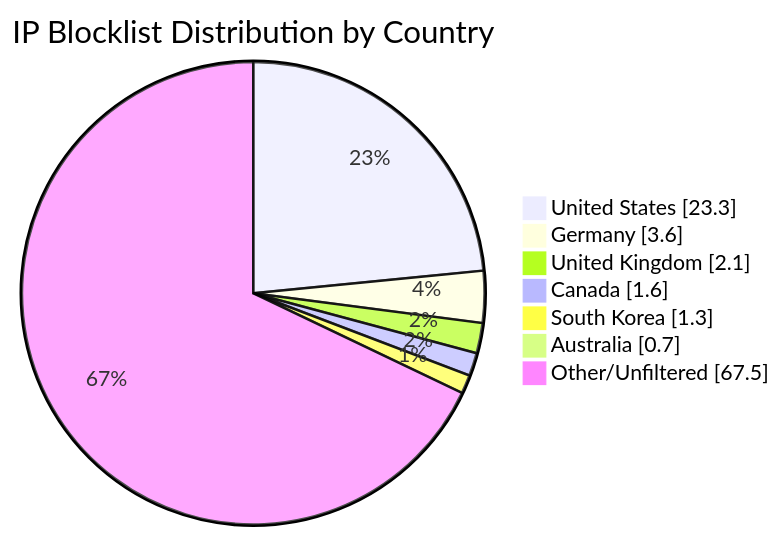
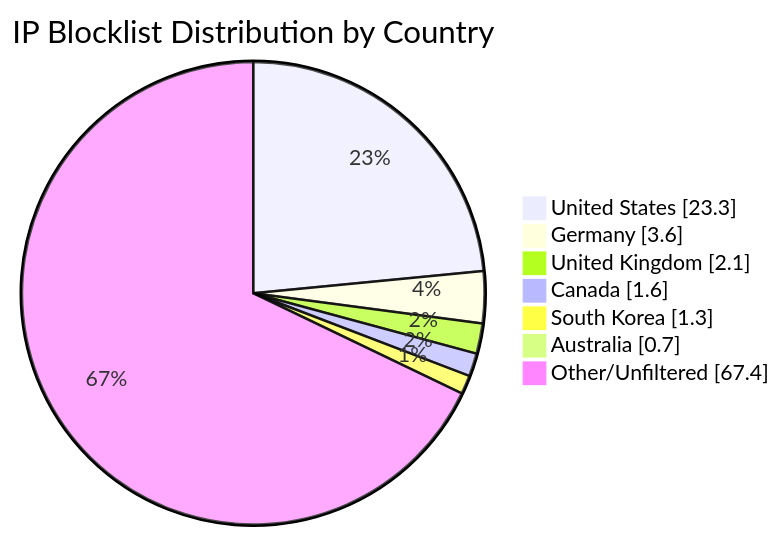
One commit to MarcusHoltz/ipblocklist-geofiltered-aggregator changed the diagram in README.md. Above: the diagram before and after it, drawn with Mermaid. The commit also changed other lines of this file and 9 other files, not shown here.

````diff
--- a/README.md
+++ b/README.md
@@ -34,10 +34,10 @@
 ```mermaid
 pie showData title IP Blocklist Distribution by Country
 "United States" : 23.3
 "Germany" : 3.6
 "United Kingdom" : 2.1
 "Canada" : 1.6
 "South Korea" : 1.3
 "Australia" : 0.7
-"Other/Unfiltered" : 67.5
+"Other/Unfiltered" : 67.4
 ```
````
